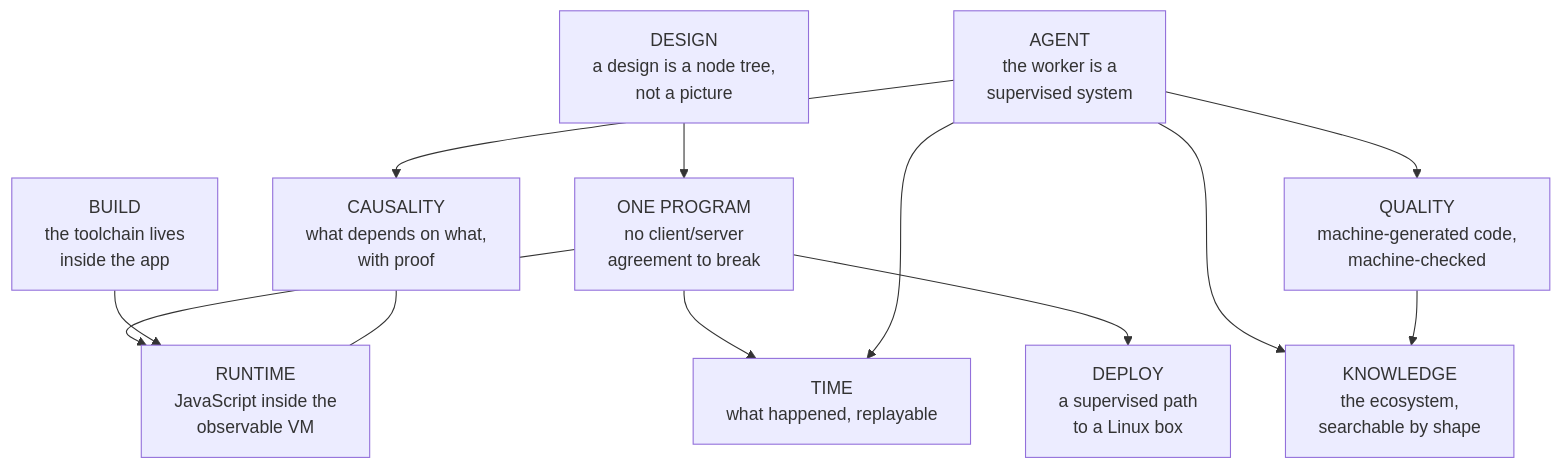
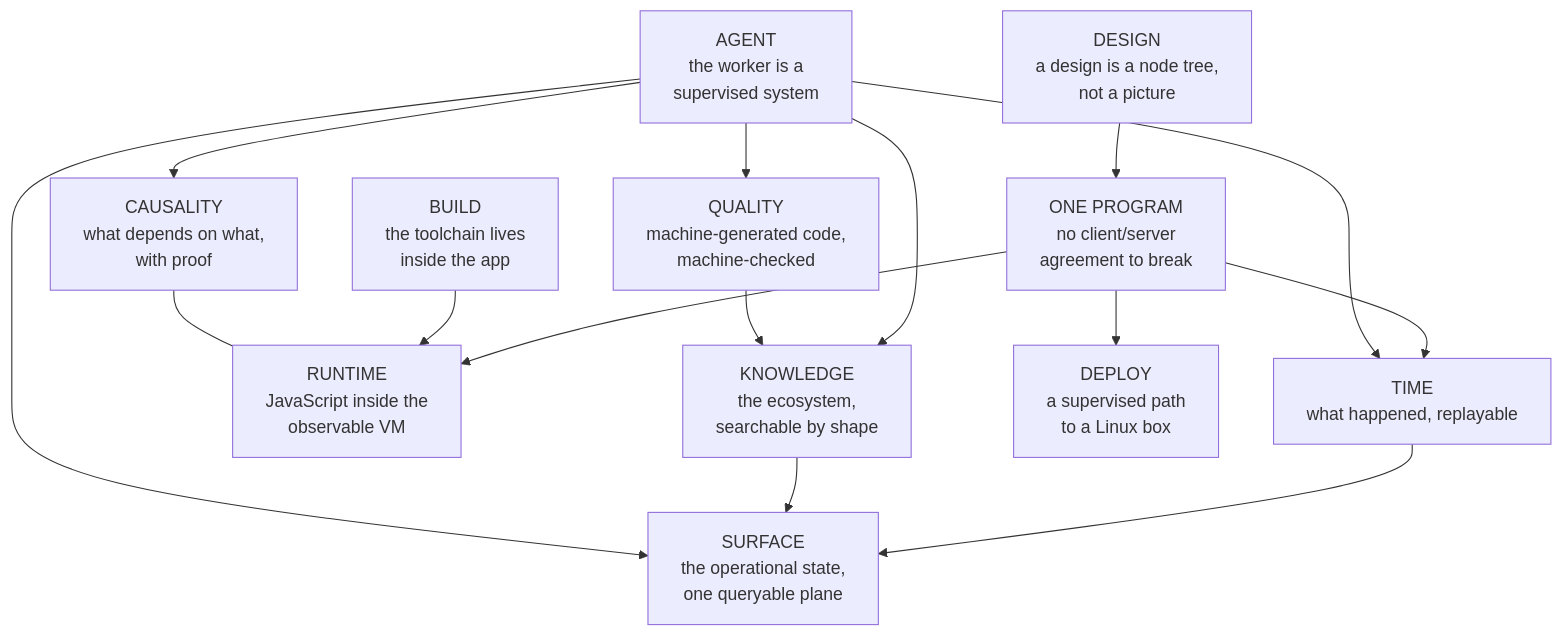
One commit to elixir-vibe/building-blocks changed the diagram in architecture/map.md. Above: the diagram before and after it, drawn with Mermaid. The commit also changed 5 other files, not shown here.

First line of the commit message:
Add the Surface layer (Incant): the operational state, one queryable plane

````diff
--- a/architecture/map.md
+++ b/architecture/map.md
@@ -6,36 +6,41 @@
 ```mermaid
 graph TD
     DESIGN["DESIGN\na design is a node tree,\nnot a picture"]
     TIME["TIME\nwhat happened, replayable"]
     CAUSALITY["CAUSALITY\nwhat depends on what,\nwith proof"]
     BUILD["BUILD\nthe toolchain lives\ninside the app"]
     RUNTIME["RUNTIME\nJavaScript inside the\nobservable VM"]
     ONEPROGRAM["ONE PROGRAM\nno client/server\nagreement to break"]
     QUALITY["QUALITY\nmachine-generated code,\nmachine-checked"]
     KNOWLEDGE["KNOWLEDGE\nthe ecosystem,\nsearchable by shape"]
     AGENT["AGENT\nthe worker is a\nsupervised system"]
     DEPLOY["DEPLOY\na supervised path\nto a Linux box"]
+    SURFACE["SURFACE\nthe operational state,\none queryable plane"]
 
     DESIGN --> ONEPROGRAM
     ONEPROGRAM --> RUNTIME
     BUILD --> RUNTIME
     ONEPROGRAM --> TIME
     CAUSALITY --- RUNTIME
     AGENT --> CAUSALITY
     AGENT --> QUALITY
     AGENT --> KNOWLEDGE
     AGENT --> TIME
     ONEPROGRAM --> DEPLOY
     QUALITY --> KNOWLEDGE
+    TIME --> SURFACE
+    KNOWLEDGE --> SURFACE
+    AGENT --> SURFACE
 
     click DESIGN "../layers/design.md"
     click TIME "../layers/time.md"
     click CAUSALITY "../layers/causality.md"
     click BUILD "../layers/build.md"
     click RUNTIME "../layers/runtime.md"
     click ONEPROGRAM "../layers/one-program.md"
     click QUALITY "../layers/quality.md"
     click KNOWLEDGE "../layers/knowledge.md"
     click AGENT "../layers/agent.md"
     click DEPLOY "../layers/deploy.md"
+    click SURFACE "../layers/surface.md"
 ```
````
